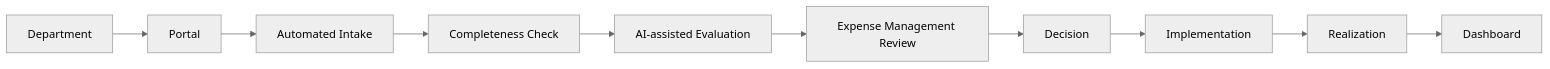
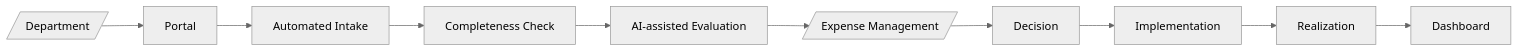
Before and after one commit to dwiputris/business-case-automation: the second of 2 diagrams in README.md, drawn with Mermaid (neutral theme). The commit also changed other lines of this file, not shown here.

Commit message:
README.md

````diff
--- a/README.md
+++ b/README.md
@@ -26,12 +26,12 @@
 ```mermaid
 flowchart LR
-A[Department] --> B[Portal]
+A[/Department/] --> B[Portal]
 B --> C[Automated Intake]
 C --> D[Completeness Check]
 D --> E[AI-assisted Evaluation]
-E --> F[Expense Management Review]
+E --> F[/Expense Management/]
 F --> G[Decision]
 G --> H[Implementation]
 H --> I[Realization]
 I --> J[Dashboard]
 ```
````
